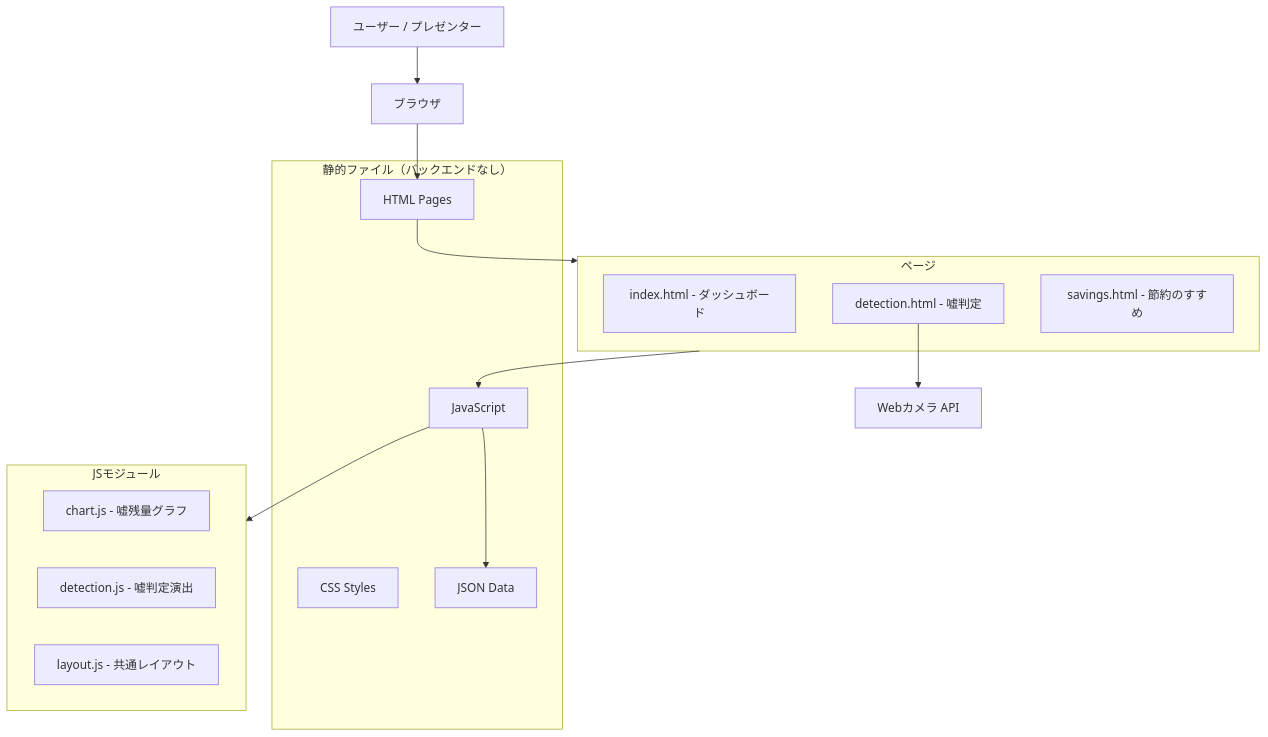
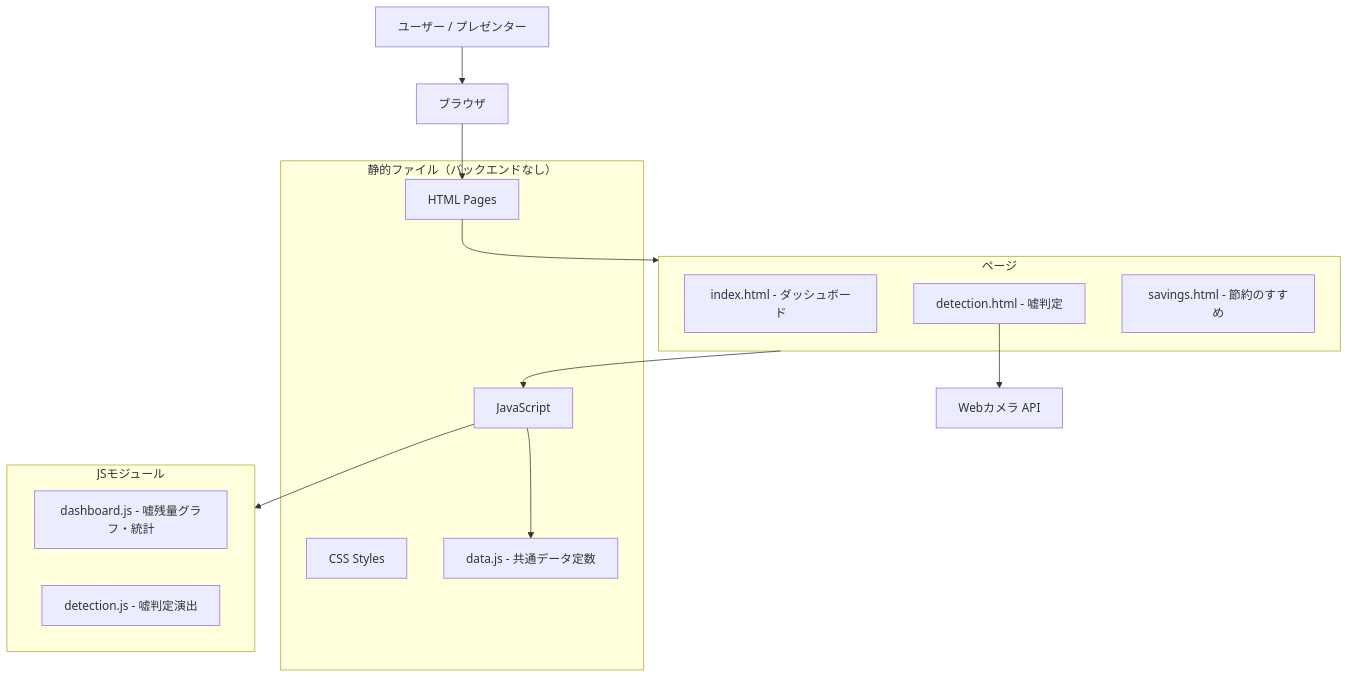
One commit to mavovo13/hackathon changed the first of 3 diagrams in docs/functional-design.md. Above: the diagram before and after it, drawn with Mermaid. The commit also changed other lines of this file and 1 other file, not shown here.

````diff
--- a/docs/functional-design.md
+++ b/docs/functional-design.md
@@ -5,32 +5,32 @@
 ```mermaid
 graph TB
     User[ユーザー / プレゼンター]
     Browser[ブラウザ]
 
     subgraph Static["静的ファイル（バックエンドなし）"]
         HTML[HTML Pages]
         CSS[CSS Styles]
         JS[JavaScript]
         Data[JSON Data]
     end
 
     subgraph Pages["ページ"]
         Index[index.html - ダッシュボード]
         Detection[detection.html - 嘘判定]
         Savings[savings.html - 節約のすすめ]
     end
 
     subgraph Modules["JSモジュール"]
-        Chart[chart.js - 嘘残量グラフ]
+        Dashboard[dashboard.js - 嘘残量グラフ・統計]
         Detection_Logic[detection.js - 嘘判定演出]
-        Layout[layout.js - 共通レイアウト]
+        Data[data.js - 共通データ定数]
     end
 
     User --> Browser
     Browser --> HTML
     HTML --> Pages
     Pages --> JS
     JS --> Modules
     JS --> Data
     Detection --> Camera[Webカメラ API]
 ```
````
